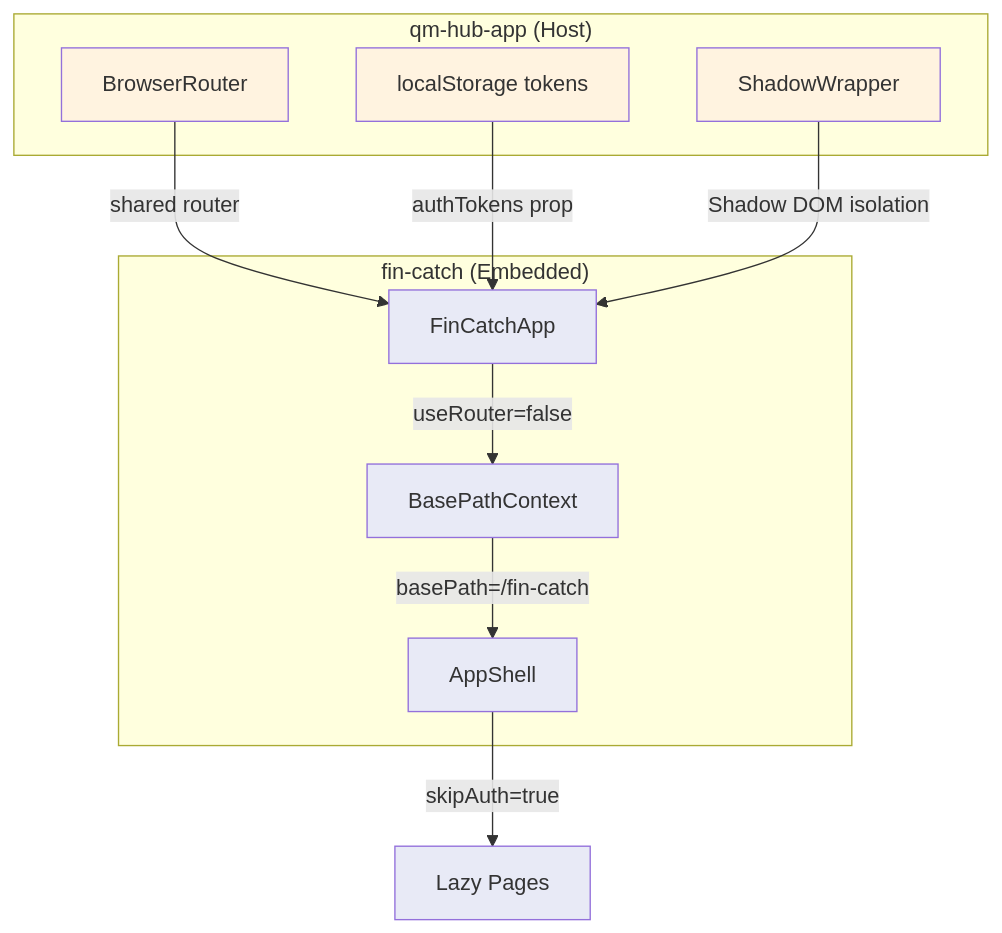
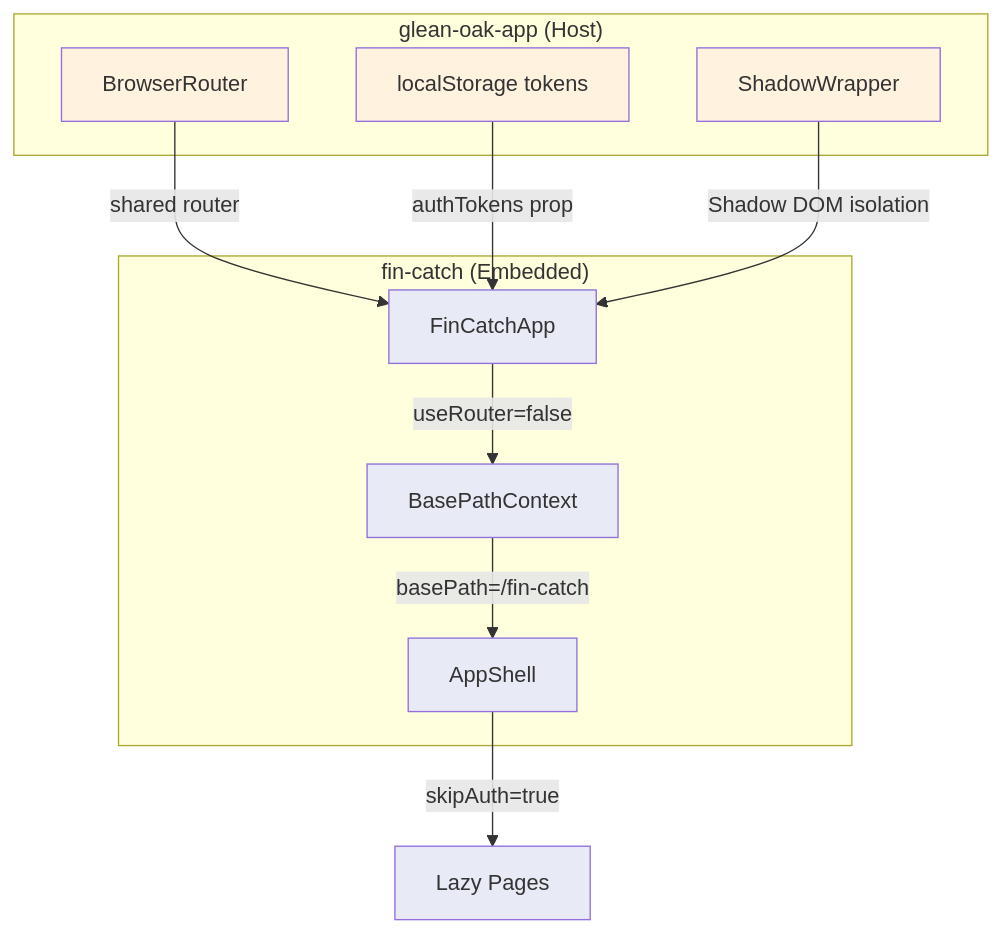
One commit to loidinhm31/fin-catch changed the seventh of 9 diagrams in docs/architecture.md. Above: the diagram before and after it, drawn with Mermaid. The commit also changed other lines of this file and 42 other files, not shown here.

````diff
--- a/docs/architecture.md
+++ b/docs/architecture.md
@@ -388,26 +388,26 @@
 ```mermaid
 flowchart TB
-    subgraph QmHubApp["qm-hub-app (Host)"]
+    subgraph GleanOakApp["glean-oak-app (Host)"]
         BR[BrowserRouter]
         SW[ShadowWrapper]
         TokenStore[localStorage tokens]
     end
 
     subgraph FinCatch["fin-catch (Embedded)"]
         FCA[FinCatchApp]
         BPC[BasePathContext]
         AppShell[AppShell]
     end
 
     BR -->|shared router| FCA
     TokenStore -->|authTokens prop| FCA
     SW -->|Shadow DOM isolation| FCA
     FCA -->|useRouter=false| BPC
     BPC -->|basePath=/fin-catch| AppShell
     AppShell -->|skipAuth=true| Pages[Lazy Pages]
 
     classDef host fill:#fff3e0
     classDef embed fill:#e8eaf6
     class BR,SW,TokenStore host
     class FCA,BPC,AppShell,Pages embed
 ```
````
